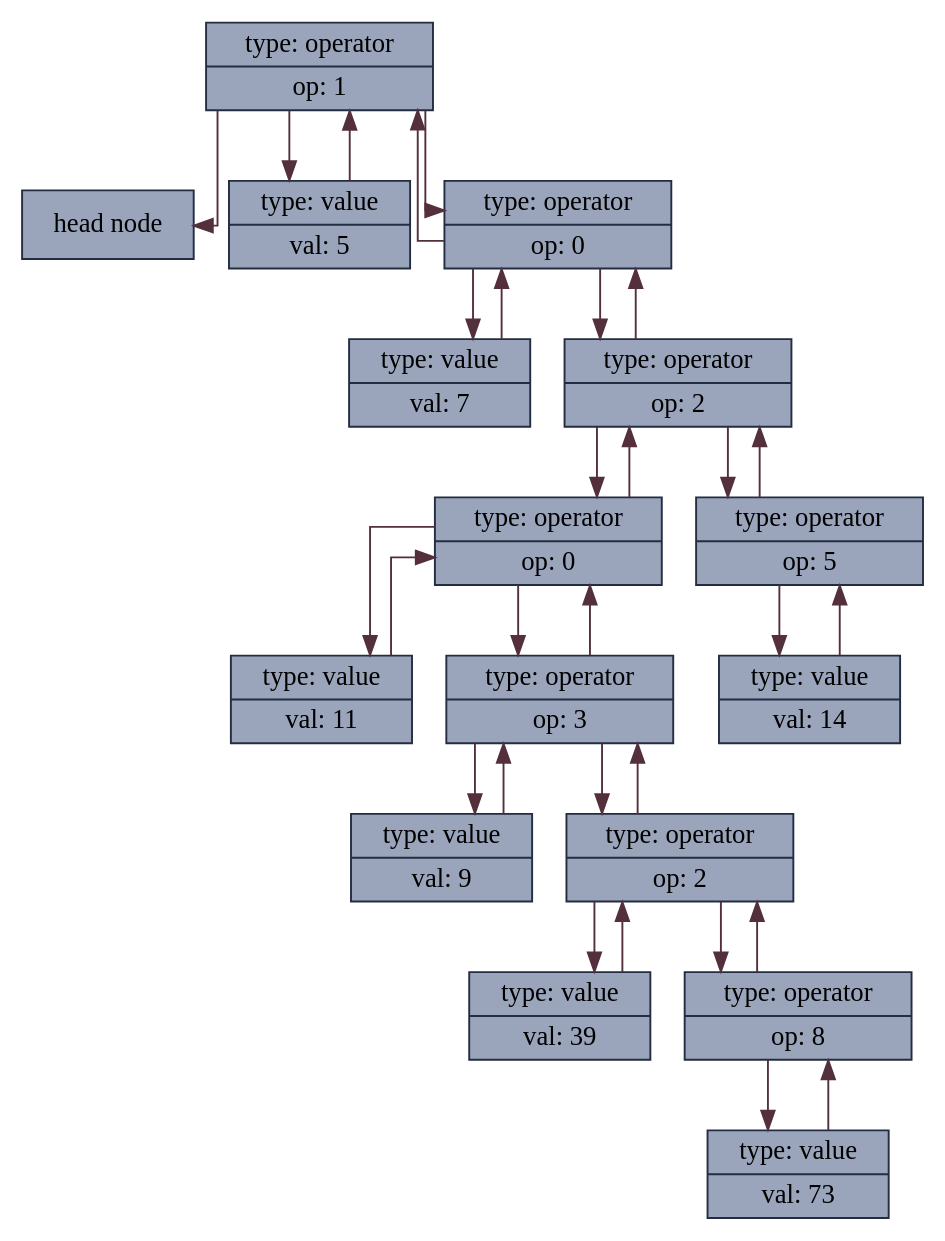
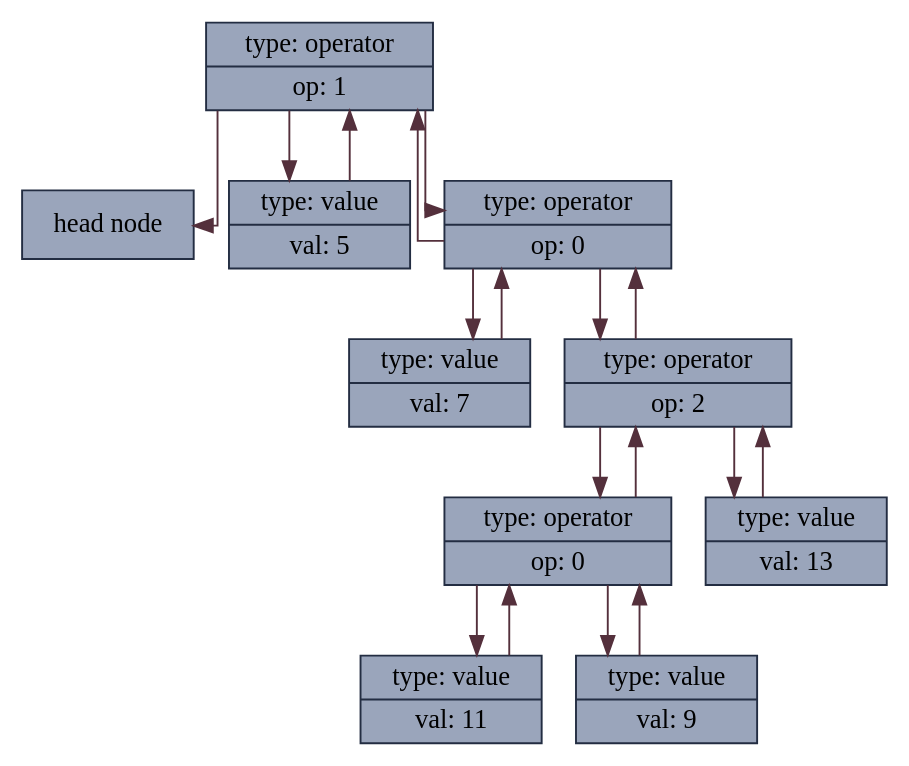
Before and after one commit to sqiportinhsa/Differenciator: the diagram in Graphs/graph_1.dot, drawn with Graphviz. The commit also changed 3 other files, not shown here.

```diff
--- a/Graphs/graph_1.dot
+++ b/Graphs/graph_1.dot
@@ -1,49 +1,31 @@
 digraph G{
 node [shape=record,style="filled"];
 splines=ortho;
 node0x604000000010 [label="{head node}",fillcolor="#9AA5BB",color="#232D42"];
 node0x604000000090 [label="{type: operator | op:  1}",fillcolor="#9AA5BB",color="#232D42"];
 node0x604000000090->node0x604000000010 [color="#54303c"];
 node0x604000000090->node0x604000000050 [color="#54303c"];
 node0x604000000050 [label="{type: value | val: 5}",fillcolor="#9AA5BB",color="#232D42"];
 node0x604000000050->node0x604000000090 [color="#54303c"];
 node0x604000000090->node0x604000000110 [color="#54303c"];
 node0x604000000110 [label="{type: operator | op:  0}",fillcolor="#9AA5BB",color="#232D42"];
 node0x604000000110->node0x604000000090 [color="#54303c"];
 node0x604000000110->node0x6040000000d0 [color="#54303c"];
 node0x6040000000d0 [label="{type: value | val: 7}",fillcolor="#9AA5BB",color="#232D42"];
 node0x6040000000d0->node0x604000000110 [color="#54303c"];
 node0x604000000110->node0x604000000190 [color="#54303c"];
 node0x604000000190 [label="{type: operator | op:  2}",fillcolor="#9AA5BB",color="#232D42"];
 node0x604000000190->node0x604000000110 [color="#54303c"];
-node0x604000000190->node0x604000000250 [color="#54303c"];
-node0x604000000250 [label="{type: operator | op:  0}",fillcolor="#9AA5BB",color="#232D42"];
-node0x604000000250->node0x604000000190 [color="#54303c"];
-node0x604000000250->node0x604000000150 [color="#54303c"];
+node0x604000000190->node0x604000000210 [color="#54303c"];
+node0x604000000210 [label="{type: operator | op:  0}",fillcolor="#9AA5BB",color="#232D42"];
+node0x604000000210->node0x604000000190 [color="#54303c"];
+node0x604000000210->node0x604000000150 [color="#54303c"];
 node0x604000000150 [label="{type: value | val: 11}",fillcolor="#9AA5BB",color="#232D42"];
-node0x604000000150->node0x604000000250 [color="#54303c"];
-node0x604000000250->node0x6040000002d0 [color="#54303c"];
-node0x6040000002d0 [label="{type: operator | op:  3}",fillcolor="#9AA5BB",color="#232D42"];
-node0x6040000002d0->node0x604000000250 [color="#54303c"];
-node0x6040000002d0->node0x604000000290 [color="#54303c"];
-node0x604000000290 [label="{type: value | val: 9}",fillcolor="#9AA5BB",color="#232D42"];
-node0x604000000290->node0x6040000002d0 [color="#54303c"];
-node0x6040000002d0->node0x604000000350 [color="#54303c"];
-node0x604000000350 [label="{type: operator | op:  2}",fillcolor="#9AA5BB",color="#232D42"];
-node0x604000000350->node0x6040000002d0 [color="#54303c"];
-node0x604000000350->node0x604000000310 [color="#54303c"];
-node0x604000000310 [label="{type: value | val: 39}",fillcolor="#9AA5BB",color="#232D42"];
-node0x604000000310->node0x604000000350 [color="#54303c"];
-node0x604000000350->node0x604000000390 [color="#54303c"];
-node0x604000000390 [label="{type: operator | op:  8}",fillcolor="#9AA5BB",color="#232D42"];
-node0x604000000390->node0x604000000350 [color="#54303c"];
-node0x604000000390->node0x6040000003d0 [color="#54303c"];
-node0x6040000003d0 [label="{type: value | val: 73}",fillcolor="#9AA5BB",color="#232D42"];
-node0x6040000003d0->node0x604000000390 [color="#54303c"];
+node0x604000000150->node0x604000000210 [color="#54303c"];
+node0x604000000210->node0x604000000250 [color="#54303c"];
+node0x604000000250 [label="{type: value | val: 9}",fillcolor="#9AA5BB",color="#232D42"];
+node0x604000000250->node0x604000000210 [color="#54303c"];
 node0x604000000190->node0x6040000001d0 [color="#54303c"];
-node0x6040000001d0 [label="{type: operator | op:  5}",fillcolor="#9AA5BB",color="#232D42"];
+node0x6040000001d0 [label="{type: value | val: 13}",fillcolor="#9AA5BB",color="#232D42"];
 node0x6040000001d0->node0x604000000190 [color="#54303c"];
-node0x6040000001d0->node0x604000000210 [color="#54303c"];
-node0x604000000210 [label="{type: value | val: 14}",fillcolor="#9AA5BB",color="#232D42"];
-node0x604000000210->node0x6040000001d0 [color="#54303c"];
 }
```
